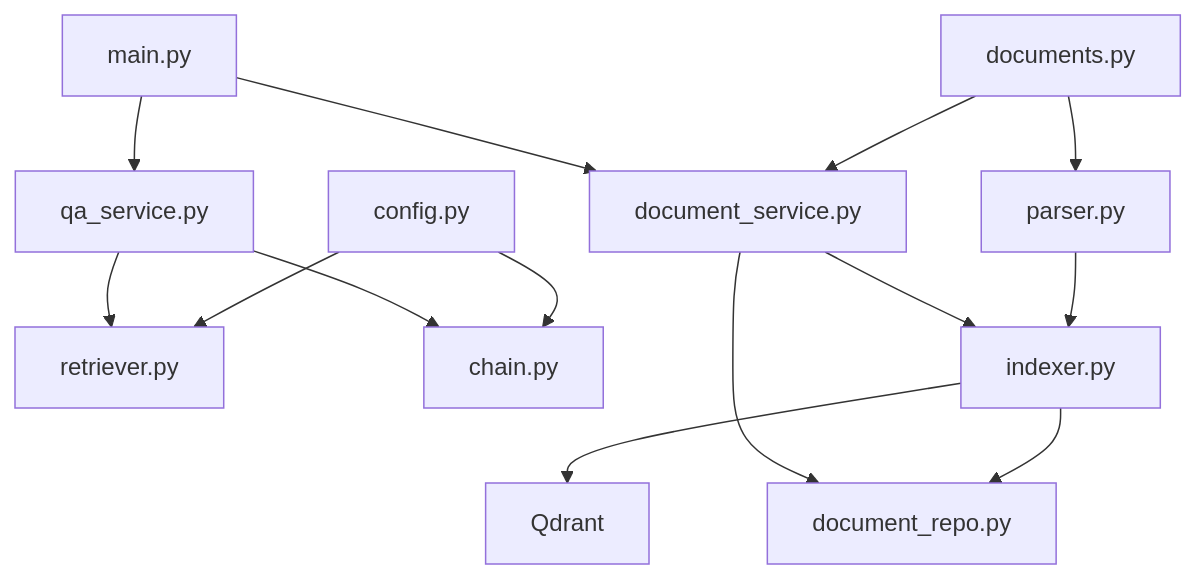
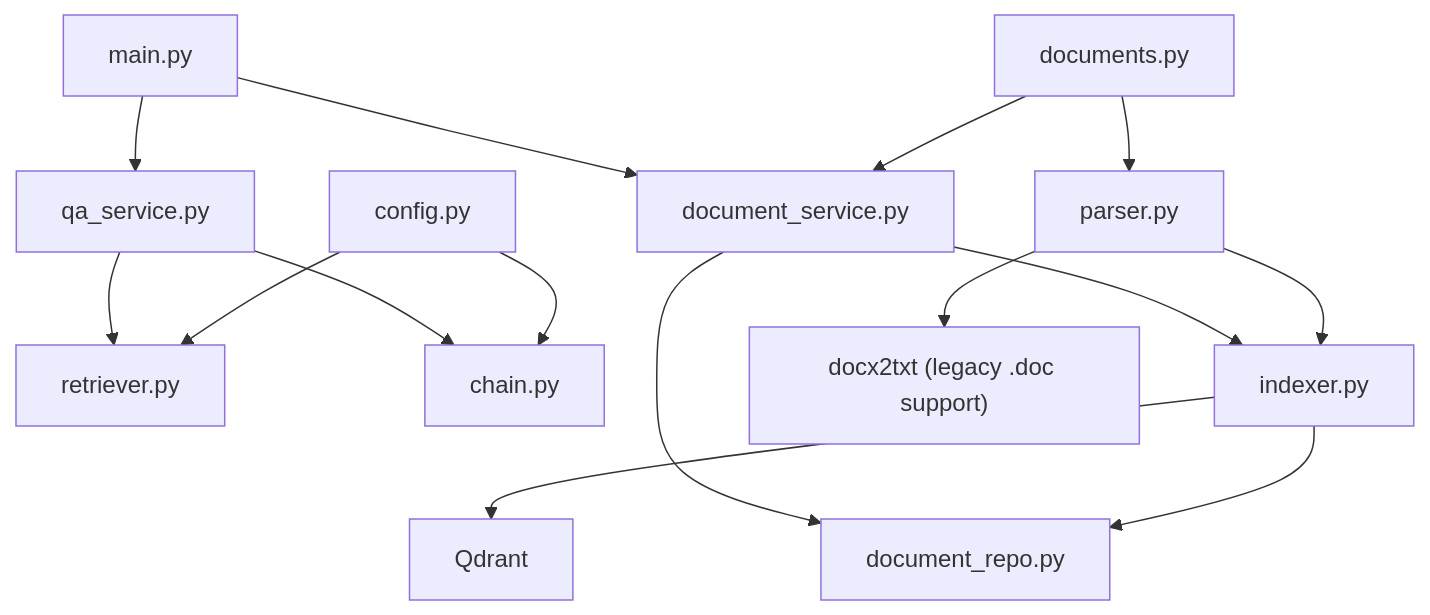
One commit to ognelis/cafetera_hr_bot changed diagram 12 of 12 in .qoder/repowiki/en/content/RAG Integration/RAG Parser Enhancement.md. Above: the diagram before and after it, drawn with Mermaid. The commit also changed other lines of this file and 11 other files, not shown here.

````diff
--- a/.qoder/repowiki/en/content/RAG Integration/RAG Parser Enhancement.md
+++ b/.qoder/repowiki/en/content/RAG Integration/RAG Parser Enhancement.md
@@ -385,16 +449,17 @@
 ```mermaid
 graph TB
 CFG["config.py"] --> RET["retriever.py"]
 CFG --> CHAIN["chain.py"]
 PARSER["parser.py"] --> INDEXER["indexer.py"]
+PARSER --> DOCX2TXT["docx2txt (legacy .doc support)"]
 INDEXER --> QDRANT["Qdrant"]
 INDEXER --> REPO["document_repo.py"]
 SERVICE["document_service.py"] --> INDEXER
 SERVICE --> REPO
 API["documents.py"] --> SERVICE
 API --> PARSER
 QA["qa_service.py"] --> RET
 QA --> CHAIN
 MAIN["main.py"] --> SERVICE
 MAIN --> QA
 ```
````
